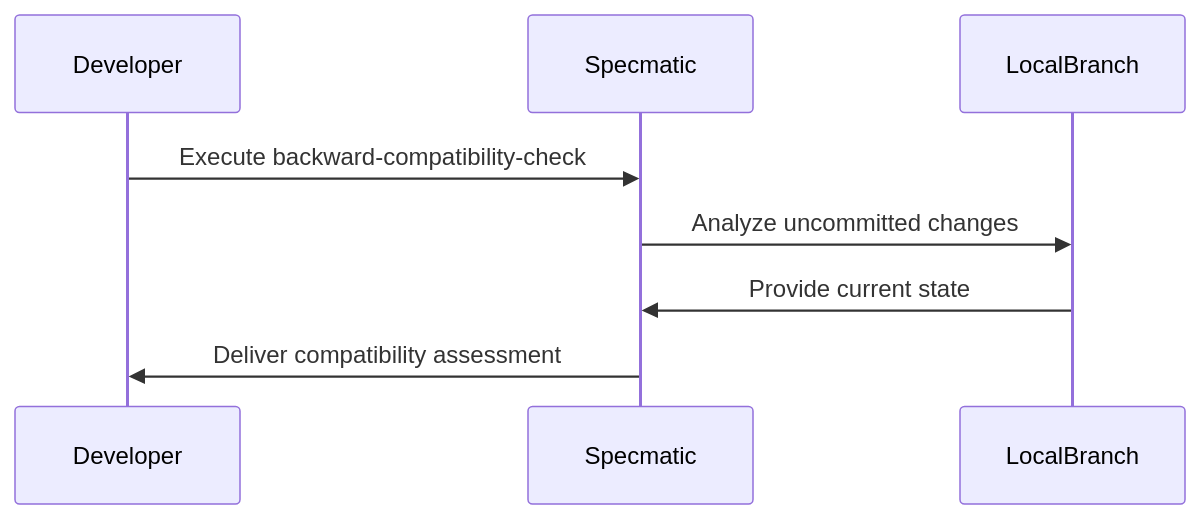
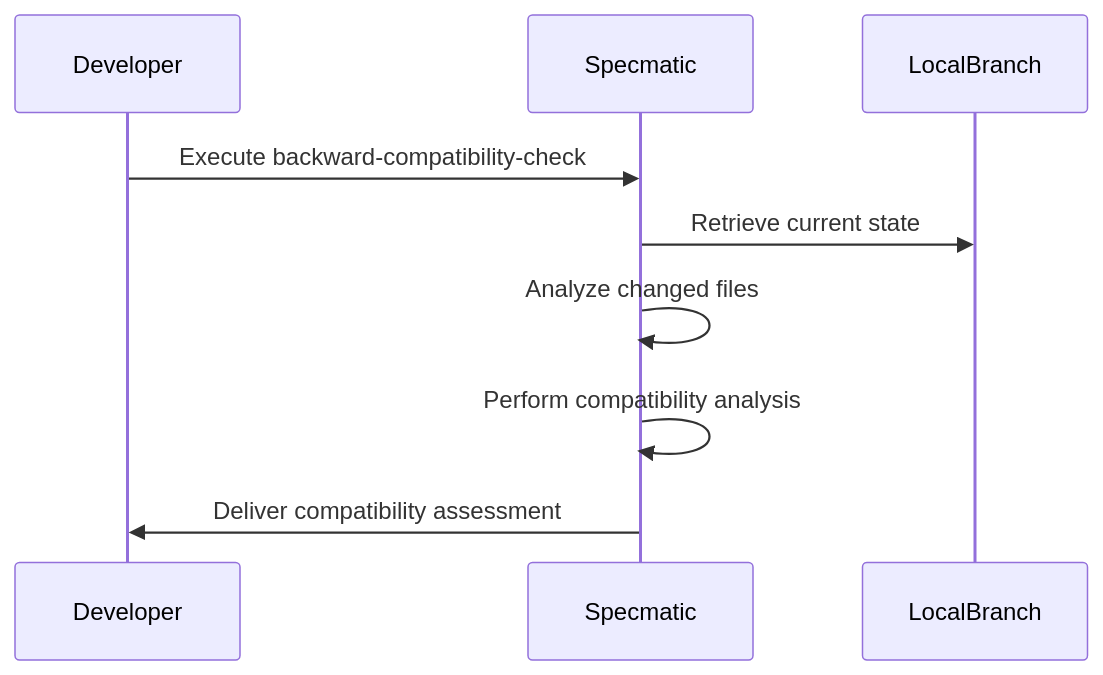
The second of 4 diagrams in documentation/backward_compatibility.md (znsio/specmatic-documentation), drawn with Mermaid before and after one commit. The commit also changed other lines of this file and 4 other files, not shown here.

Commit message:
Trying to fix mermaid diagrams for BCC documentation

````diff
--- a/documentation/backward_compatibility.md
+++ b/documentation/backward_compatibility.md
@@ -95,10 +93,11 @@
-```mermaid
+{% mermaid %}
 sequenceDiagram
     participant Developer
     participant Specmatic
     participant LocalBranch
     Developer->>Specmatic: Execute backward-compatibility-check
-    Specmatic->>LocalBranch: Analyze uncommitted changes
-    LocalBranch->>Specmatic: Provide current state
+    Specmatic->>LocalBranch: Retrieve current state
+    Specmatic->>Specmatic: Analyze changed files
+    Specmatic->>Specmatic: Perform compatibility analysis
     Specmatic->>Developer: Deliver compatibility assessment
-```
+{% endmermaid %}
````
